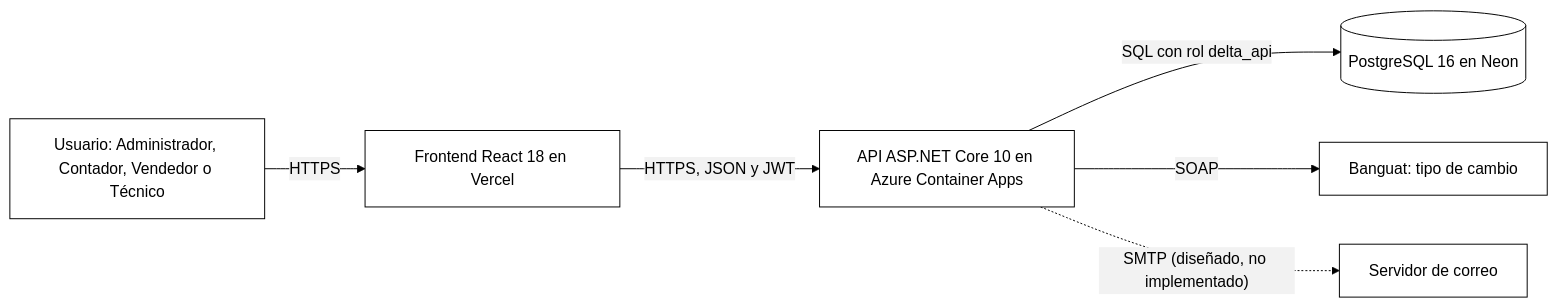
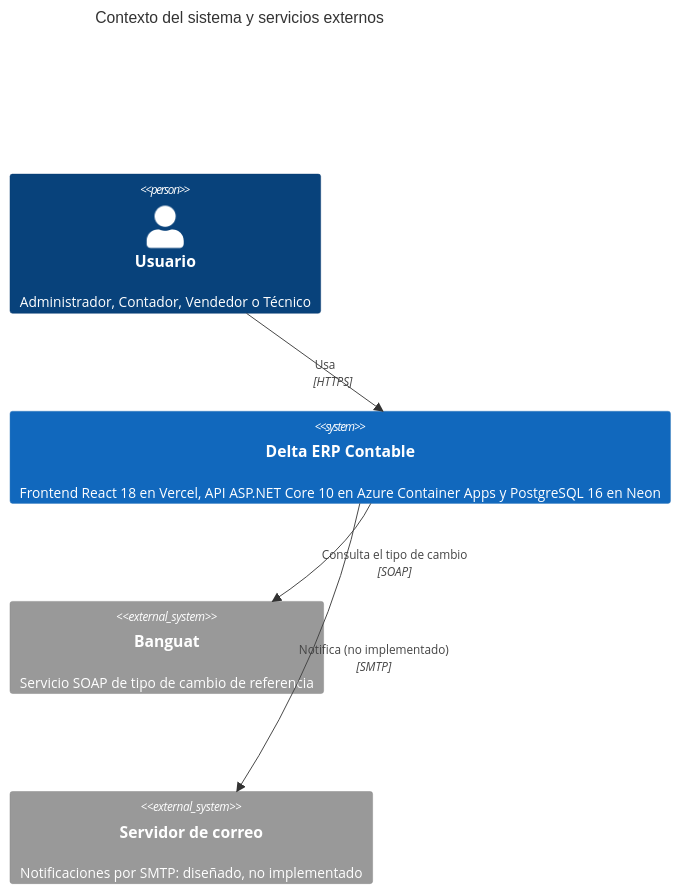
Before and after one commit to DavidsitoPay/erp-contable-delta: diagram 11 of 40 in docs/entregable-12-borrador-integrado.md, drawn with Mermaid. The commit also changed other lines of this file, not shown here.

First line of the commit message:
docs: borrador integrado del entregable 12 y alineación de docs

````diff
--- a/docs/entregable-12-borrador-integrado.md
+++ b/docs/entregable-12-borrador-integrado.md
@@ -1242,9 +1550,11 @@
 ```mermaid
-%%{init: {"theme": "base", "themeVariables": {"primaryColor": "#ffffff", "primaryTextColor": "#000000", "primaryBorderColor": "#000000", "lineColor": "#000000", "secondaryColor": "#f2f2f2", "tertiaryColor": "#ffffff", "background": "#ffffff", "fontFamily": "Arial, sans-serif"}}}%%
-flowchart LR
-    U["Usuario: Administrador, Contador, Vendedor o Técnico"] -->|HTTPS| SPA["Frontend React 18 en Vercel"]
-    SPA -->|"HTTPS, JSON y JWT"| API["API ASP.NET Core 10 en Azure Container Apps"]
-    API -->|"SQL con rol delta_api"| DB[("PostgreSQL 16 en Neon")]
-    API -->|SOAP| BG["Banguat: tipo de cambio"]
-    API -.->|"SMTP (diseñado, no implementado)"| SMTP["Servidor de correo"]
+C4Context
+    title Contexto del sistema y servicios externos
+    Person(usr, "Usuario", "Administrador, Contador, Vendedor o Técnico")
+    System(dec, "Delta ERP Contable", "Frontend React 18 en Vercel, API ASP.NET Core 10 en Azure Container Apps y PostgreSQL 16 en Neon")
+    System_Ext(bg, "Banguat", "Servicio SOAP de tipo de cambio de referencia")
+    System_Ext(smtp, "Servidor de correo", "Notificaciones por SMTP: diseñado, no implementado")
+    Rel(usr, dec, "Usa", "HTTPS")
+    Rel(dec, bg, "Consulta el tipo de cambio", "SOAP")
+    Rel(dec, smtp, "Notifica (no implementado)", "SMTP")
 ```
````
